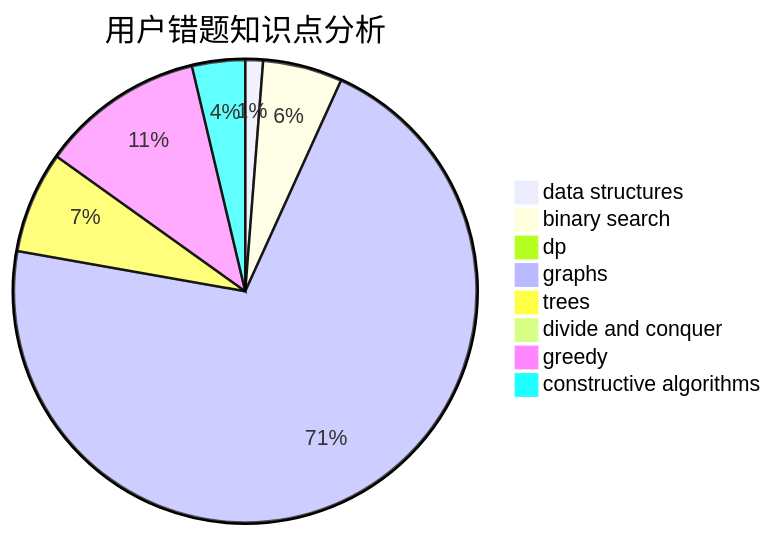
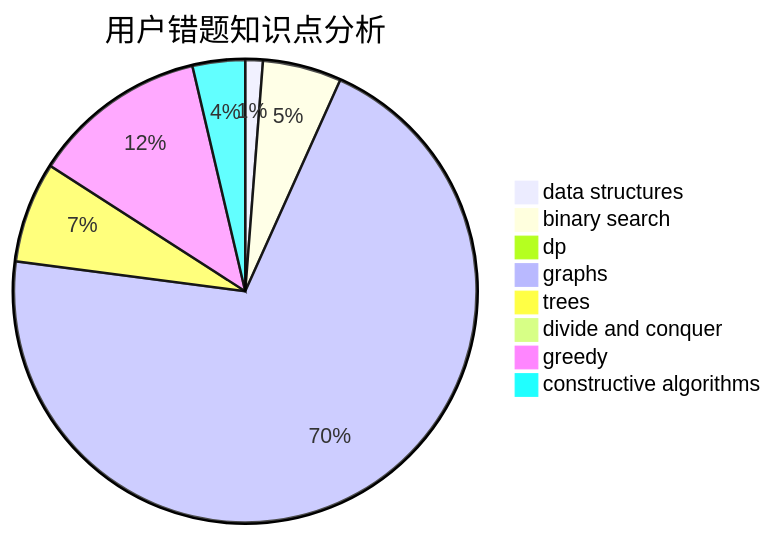
The third of 3 diagrams in docs/user/u482.md (sherpahu/cfrs.github.io), drawn with Mermaid before and after one commit. The commit also changed other lines of this file and 2770 other files, not shown here.

````diff
--- a/docs/user/u482.md
+++ b/docs/user/u482.md
@@ -36,11 +36,11 @@
 ```mermaid
 pie title 用户错题知识点分析
     "data structures" :  4
     "binary search" :  18
     "dp" :  1
     "graphs" :  230
     "trees" :  23
     "divide and conquer" :  0
-    "greedy" :  37
+    "greedy" :  40
     "constructive algorithms" :  12
 ```
````
